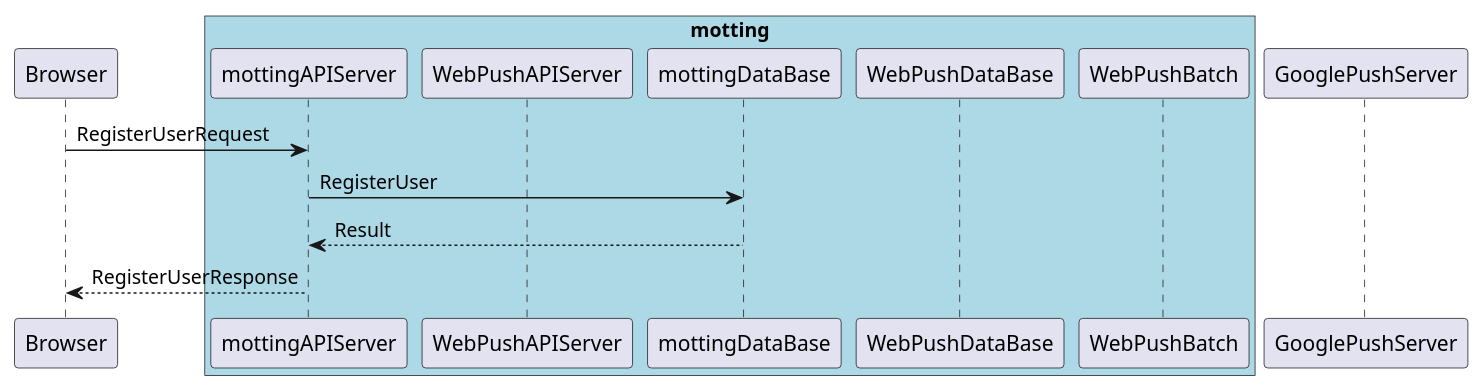
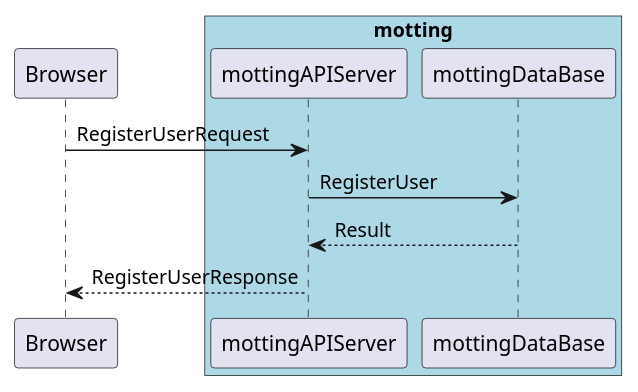
The diagram in docs/sequence/register_user.pu (stomy13/motting), drawn with PlantUML before and after one commit.

Commit message:
docs: #11 ユーザー登録に不要なオブジェクトを削除した

```diff
--- a/docs/sequence/register_user.pu
+++ b/docs/sequence/register_user.pu
@@ -1,16 +1,12 @@
 @startuml register_user
 participant Browser
 box "motting" #LightBlue
 participant mottingAPIServer as api
-participant WebPushAPIServer as push
 participant mottingDataBase as apidb
-participant WebPushDataBase as pushdb
-participant WebPushBatch as batch
 end box
-participant GooglePushServer
 
 Browser -> api: RegisterUserRequest
 api -> apidb: RegisterUser
 apidb --> api: Result
 api --> Browser: RegisterUserResponse
 @enduml
```
